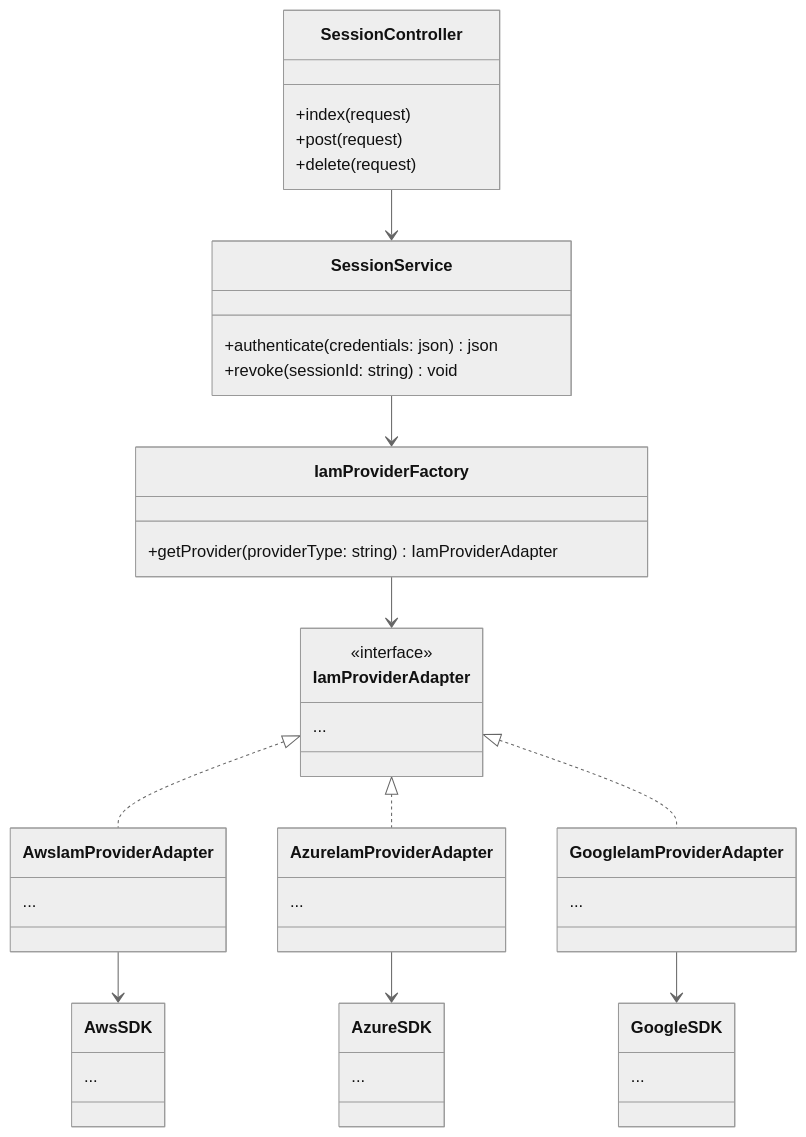
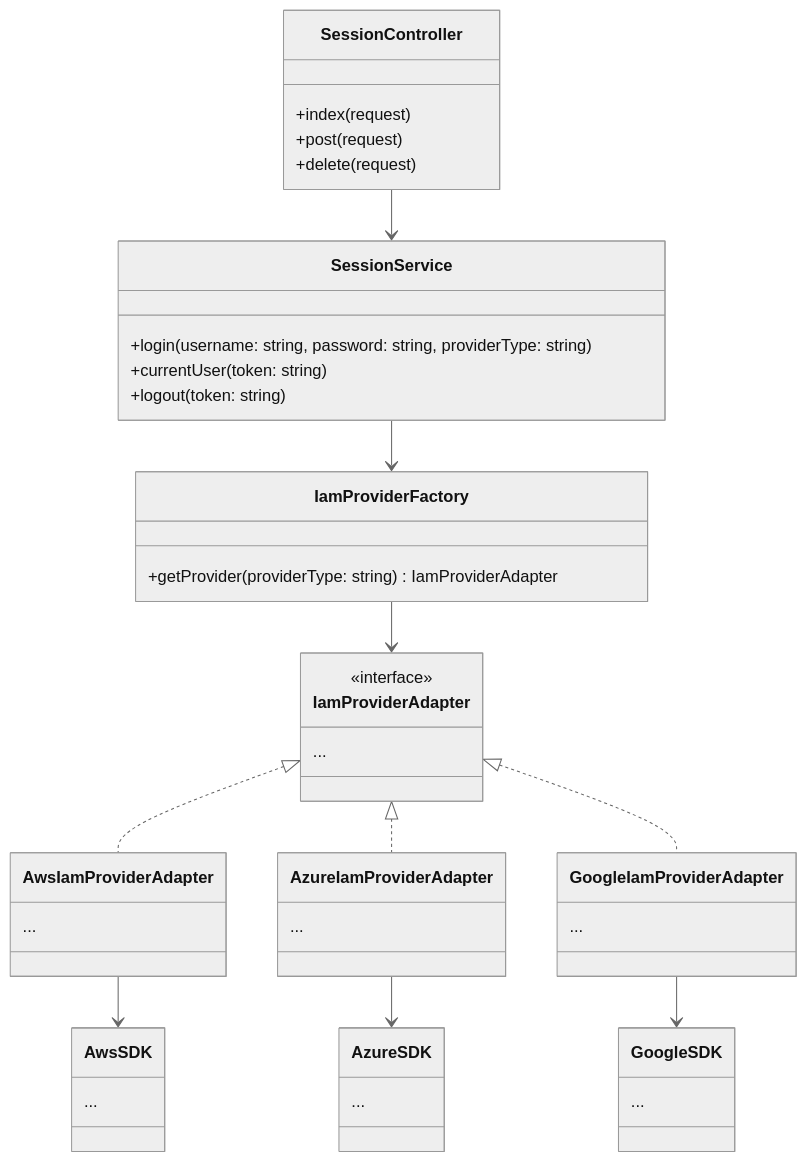
The diagram in docs/class_diagram.md (CPNV-ES-BI-RIA-PROJECT/Authentification), drawn with Mermaid (neutral theme) before and after one commit. The commit also changed 16 other files, not shown here.

Commit message:
feat: Implement token-based authentication with JWT and refactor session management

````diff
--- a/docs/class_diagram.md
+++ b/docs/class_diagram.md
@@ -1,56 +1,57 @@
 ```mermaid
 classDiagram
   class IamProviderAdapter {
     <<interface>>
     ...
   }
 
   class AwsIamProviderAdapter {
     ...
   }
 
   class AzureIamProviderAdapter {
     ...
   }
 
   class GoogleIamProviderAdapter {
     ...
   }
 
   class AwsSDK {
     ...
   }
 
   class AzureSDK {
     ...
   }
 
   class GoogleSDK {
     ...
   }
 
   class IamProviderFactory {
     +getProvider(providerType: string) IamProviderAdapter
   }
 
   class SessionService {
-    +authenticate(credentials: json) json
-    +revoke(sessionId: string) void
+    +login(username: string, password: string, providerType: string)
+    +currentUser(token: string)
+    +logout(token: string)
   }
 
   class SessionController {
     +index(request)
     +post(request)
     +delete(request)
   }
 
   SessionController --> SessionService
   SessionService --> IamProviderFactory
   IamProviderFactory --> IamProviderAdapter
   IamProviderAdapter <|.. AwsIamProviderAdapter
   IamProviderAdapter <|.. AzureIamProviderAdapter
   IamProviderAdapter <|.. GoogleIamProviderAdapter
   AwsIamProviderAdapter --> AwsSDK
   AzureIamProviderAdapter --> AzureSDK
   GoogleIamProviderAdapter --> GoogleSDK
 ```
````
